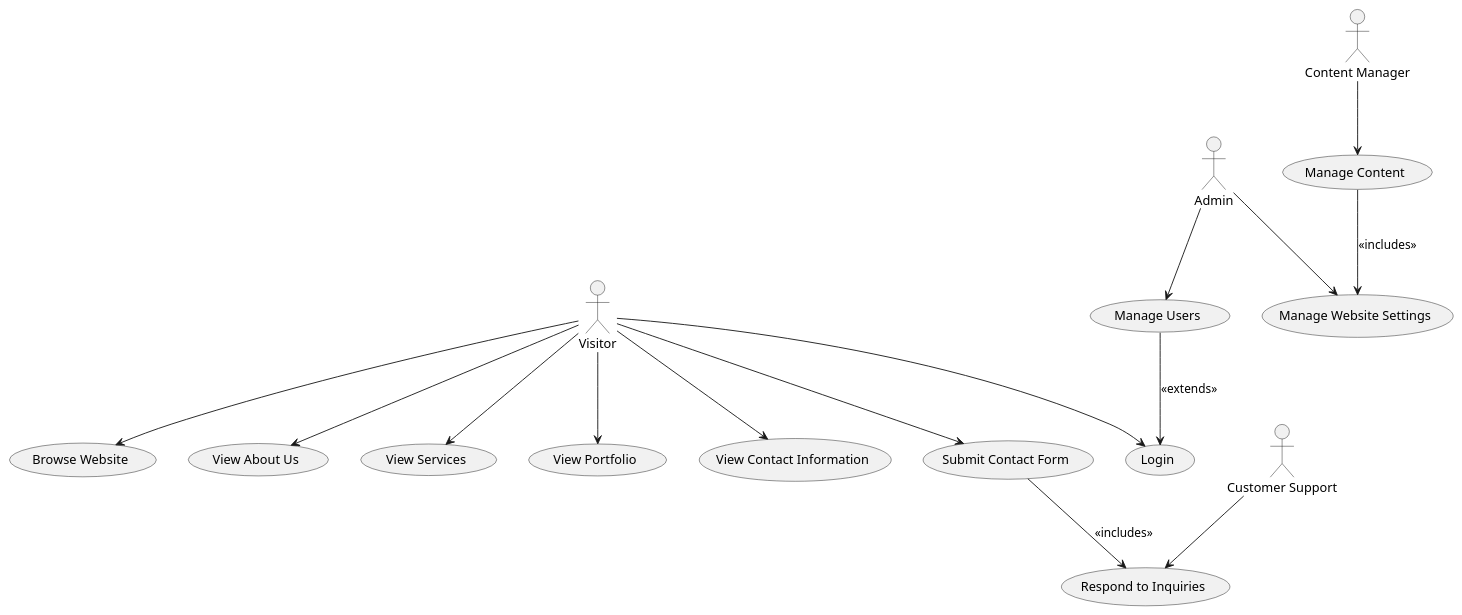
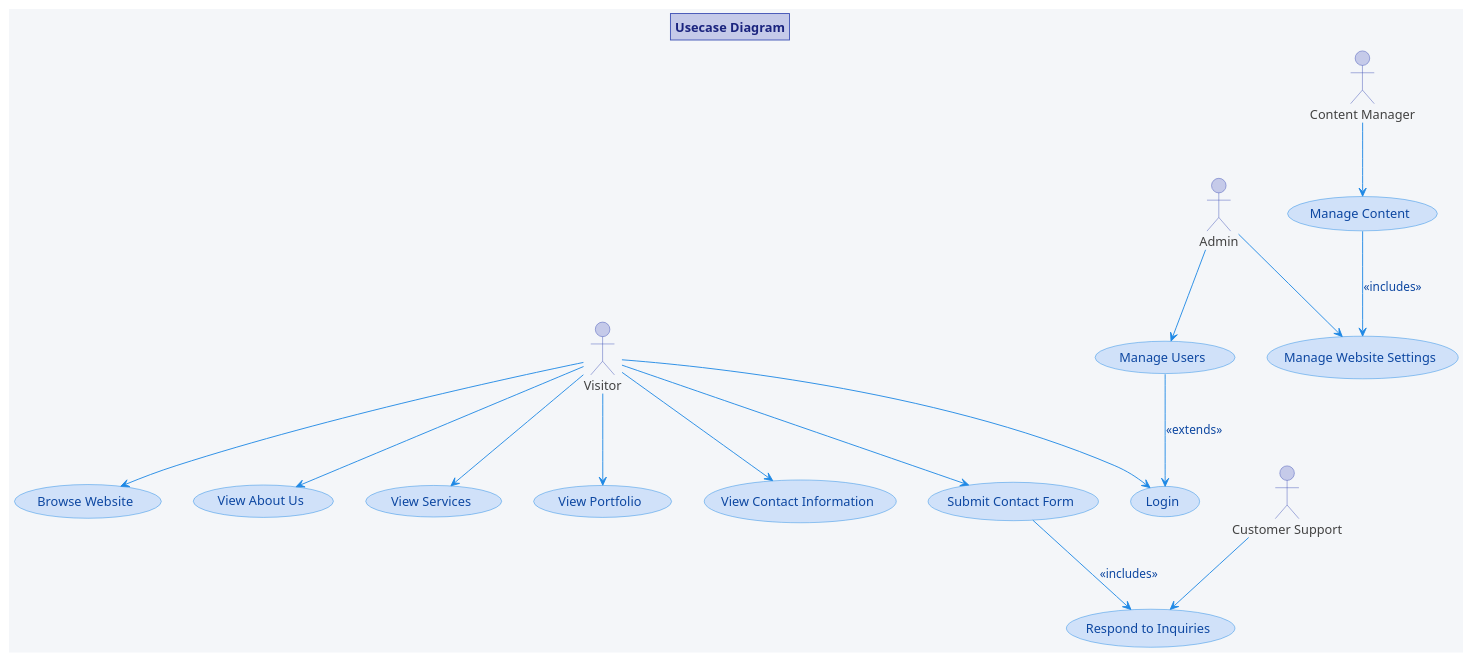
Before and after one commit to k4ilham/Unified-Modeling-Language-plantuml: the diagram in company_profile/usecase_diagram.md, drawn with PlantUML. The commit also changed 19 other files, not shown here.

```diff
--- a/company_profile/usecase_diagram.md
+++ b/company_profile/usecase_diagram.md
@@ -1,36 +1,69 @@
 @startuml
+title Usecase Diagram
+
+' Define colors
+skinparam backgroundColor #F4F6F9
+
+' Define styles for actors
+skinparam actor {
+  BackgroundColor #E0E0E0
+  BorderColor #9E9E9E
+  FontColor #424242
+}
+
+' Define styles for use cases
+skinparam usecase {
+  BackgroundColor #D0E1F9
+  BorderColor #1E88E5
+  FontColor #0D47A1
+}
+
+' Define styles for arrows
+skinparam Arrow {
+  Color #1E88E5
+  FontColor #0D47A1
+}
+
+' Define styles for title
+skinparam title {
+  BackgroundColor #C5CAE9
+  BorderColor #3F51B5
+  FontColor #1A237E
+}
+
+' Define actors and use cases
 actor "Visitor" as visitor
 actor "Admin" as admin
 actor "Content Manager" as contentManager
 actor "Customer Support" as support
 
 usecase "Browse Website" as UC1
 usecase "View About Us" as UC2
 usecase "View Services" as UC3
 usecase "View Portfolio" as UC4
 usecase "View Contact Information" as UC5
 usecase "Submit Contact Form" as UC6
 usecase "Login" as UC7
 usecase "Manage Content" as UC8
 usecase "Manage Users" as UC9
 usecase "Respond to Inquiries" as UC10
 usecase "Manage Website Settings" as UC11
 
 visitor --> UC1
 visitor --> UC2
 visitor --> UC3
 visitor --> UC4
 visitor --> UC5
 visitor --> UC6
 visitor --> UC7
 
 contentManager --> UC8
 admin --> UC9
 admin --> UC11
 support --> UC10
 
 UC6 --> UC10 : <<includes>>
 UC9 --> UC7 : <<extends>>
 UC8 --> UC11 : <<includes>>
 
 @enduml
```
